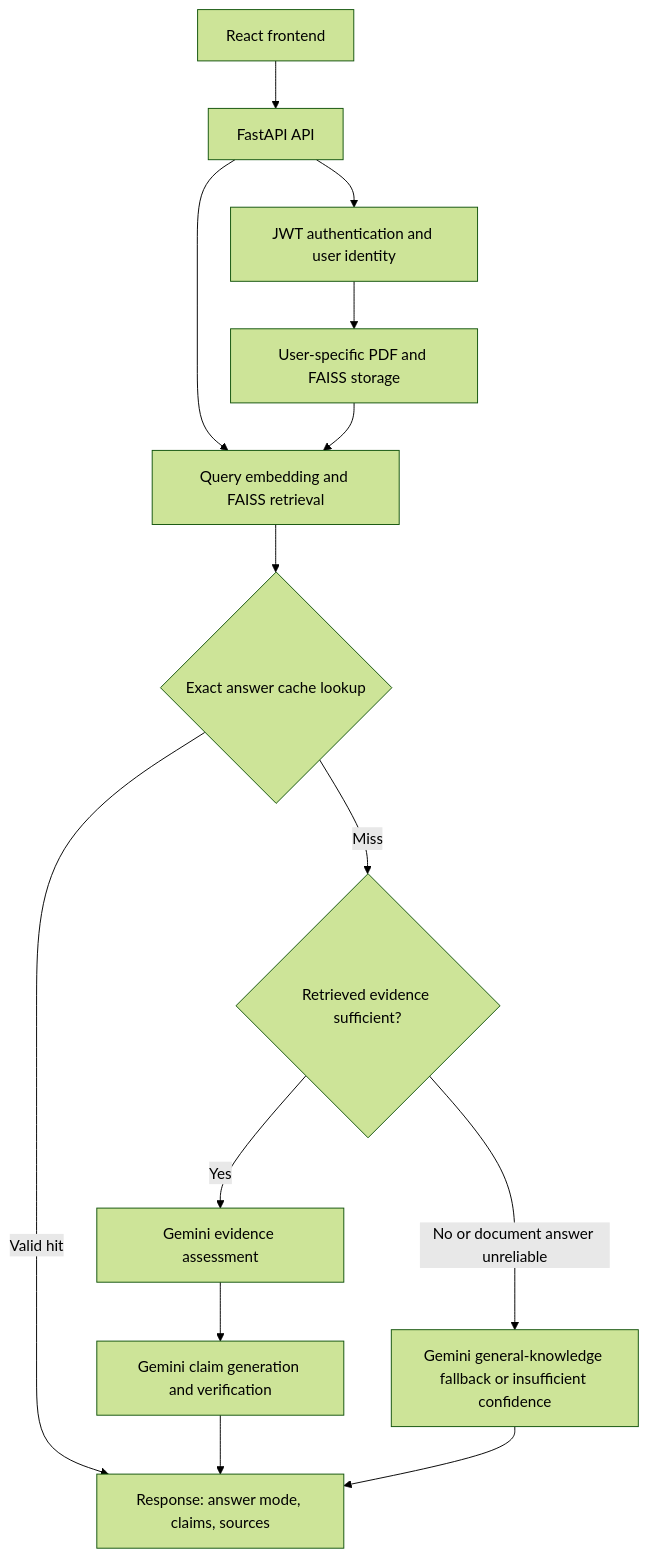
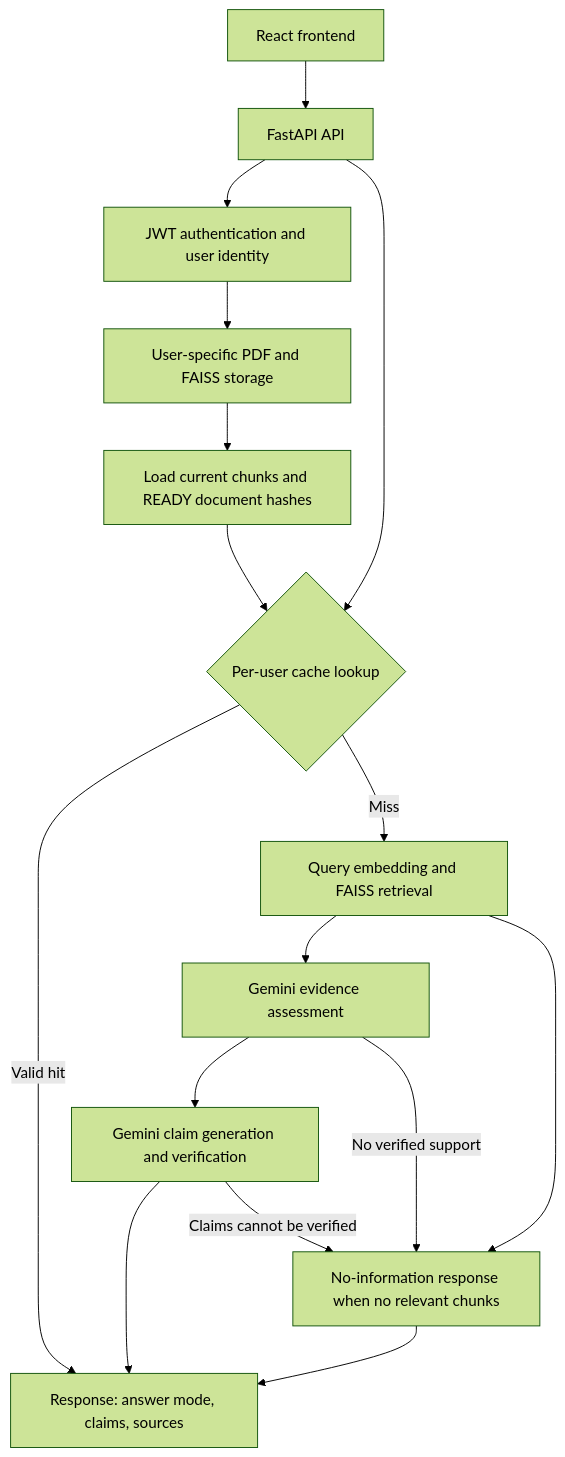
Before and after one commit to udayankar/Personalized-AI-Learning-Assistant: the first of 2 diagrams in README-technical.md, drawn with Mermaid (forest theme). The commit also changed other lines of this file and 25 other files, not shown here.

````diff
--- a/README-technical.md
+++ b/README-technical.md
@@ -155,16 +155,18 @@
 ```mermaid
 flowchart TD
     A[React frontend] --> B[FastAPI API]
     B --> C[JWT authentication and user identity]
     C --> D[User-specific PDF and FAISS storage]
-    B --> E[Query embedding and FAISS retrieval]
-    D --> E
-    E --> F{Exact answer cache lookup}
+    D --> E[Load current chunks and READY document hashes]
+    B --> F{Per-user cache lookup}
+    E --> F
     F -->|Valid hit| K[Response: answer mode, claims, sources]
-    F -->|Miss| G{Retrieved evidence sufficient?}
-    G -->|Yes| H[Gemini evidence assessment]
+    F -->|Miss| G[Query embedding and FAISS retrieval]
+    G --> H[Gemini evidence assessment]
     H --> I[Gemini claim generation and verification]
     I --> K
-    G -->|No or document answer unreliable| J[Gemini general-knowledge fallback or insufficient confidence]
+    G --> J[No-information response when no relevant chunks]
+    H -->|No verified support| J
+    I -->|Claims cannot be verified| J
     J --> K
 ```
````
